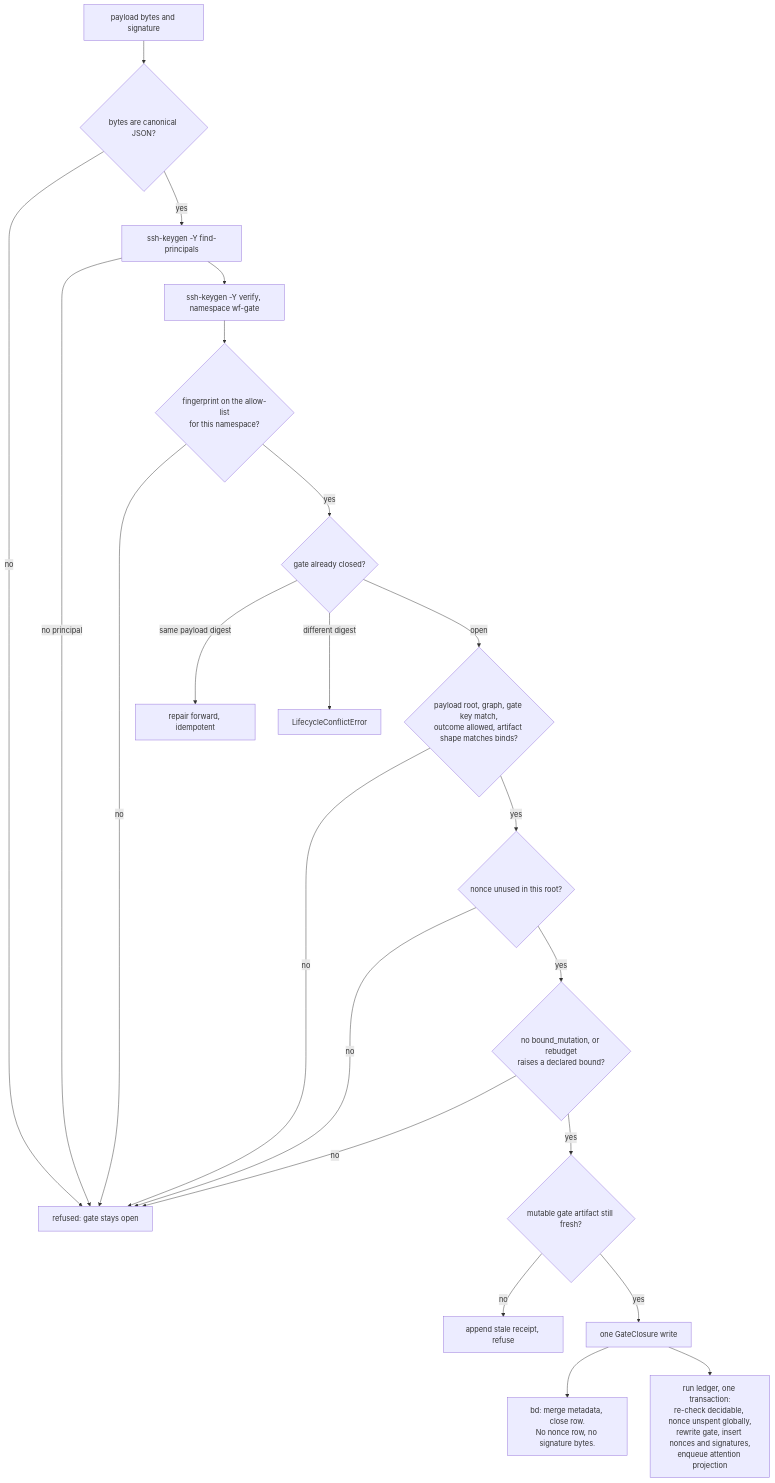
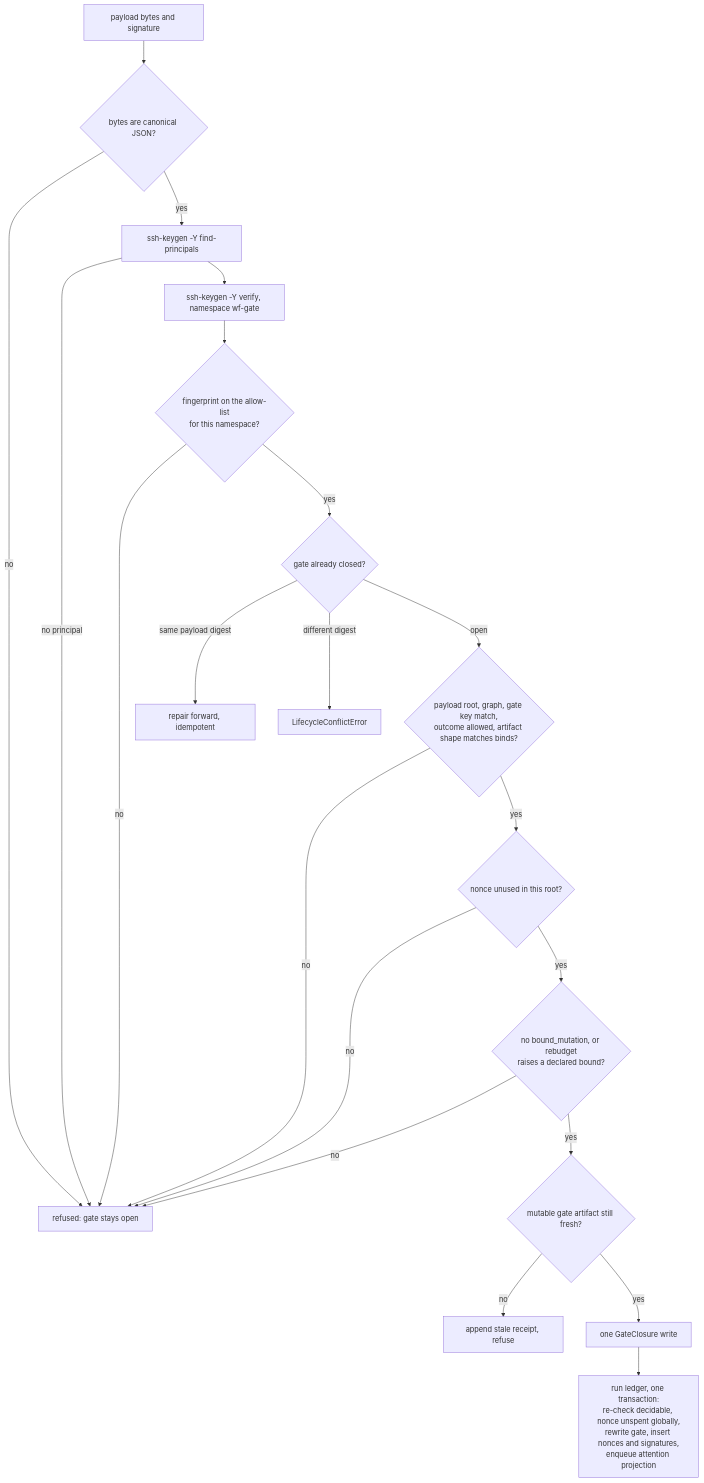
Before and after one commit to MVPavan/coding-ritual: diagram 37 of 45 in docs/workflow-interpreter-guide/diagrams.md, drawn with Mermaid. The commit also changed other lines of this file and 7 other files, not shown here.

````diff
--- a/docs/workflow-interpreter-guide/diagrams.md
+++ b/docs/workflow-interpreter-guide/diagrams.md
@@ -1541,24 +1590,23 @@
 ```mermaid
 flowchart TD
   IN["payload bytes and signature"] --> CAN{"bytes are canonical JSON?"}
   CAN -->|"no"| X["refused: gate stays open"]
   CAN -->|"yes"| PR["ssh-keygen -Y find-principals"]
   PR -->|"no principal"| X
   PR --> VS["ssh-keygen -Y verify, namespace wf-gate"]
   VS --> FP{"fingerprint on the allow-list<br/>for this namespace?"}
   FP -->|"no"| X
   FP -->|"yes"| CL{"gate already closed?"}
   CL -->|"same payload digest"| REPAIR["repair forward, idempotent"]
   CL -->|"different digest"| CONF["LifecycleConflictError"]
   CL -->|"open"| MATCH{"payload root, graph, gate key match,<br/>outcome allowed, artifact shape matches binds?"}
   MATCH -->|"no"| X
   MATCH -->|"yes"| NON{"nonce unused in this root?"}
   NON -->|"no"| X
   NON -->|"yes"| BOUND{"no bound_mutation, or rebudget<br/>raises a declared bound?"}
   BOUND -->|"no"| X
   BOUND -->|"yes"| FRESH{"mutable gate artifact still fresh?"}
   FRESH -->|"no"| STALE["append stale receipt, refuse"]
   FRESH -->|"yes"| WRITE["one GateClosure write"]
-  WRITE --> BDW["bd: merge metadata, close row.<br/>No nonce row, no signature bytes."]
   WRITE --> LDW["run ledger, one transaction:<br/>re-check decidable, nonce unspent globally,<br/>rewrite gate, insert nonces and signatures,<br/>enqueue attention projection"]
 ```
````
